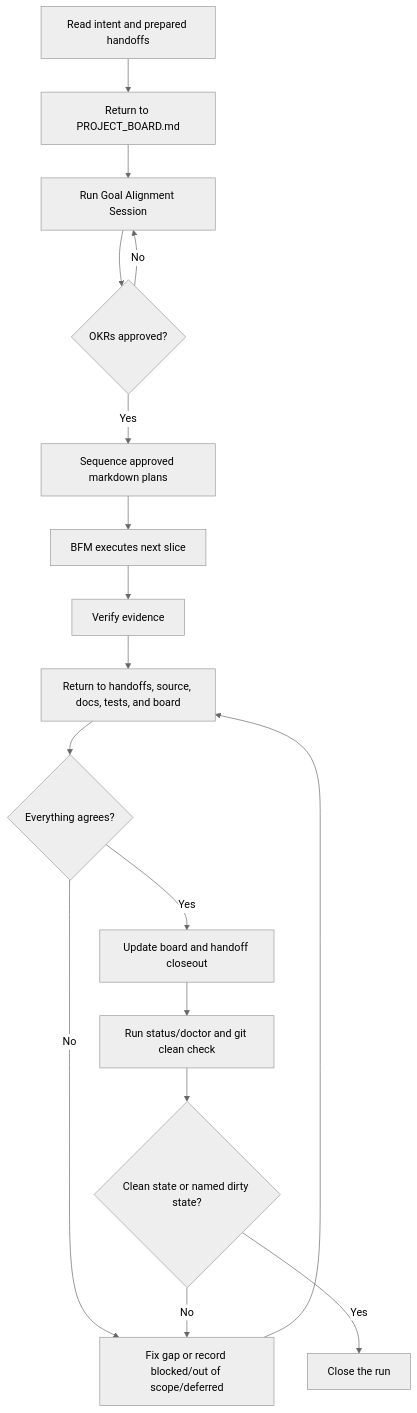
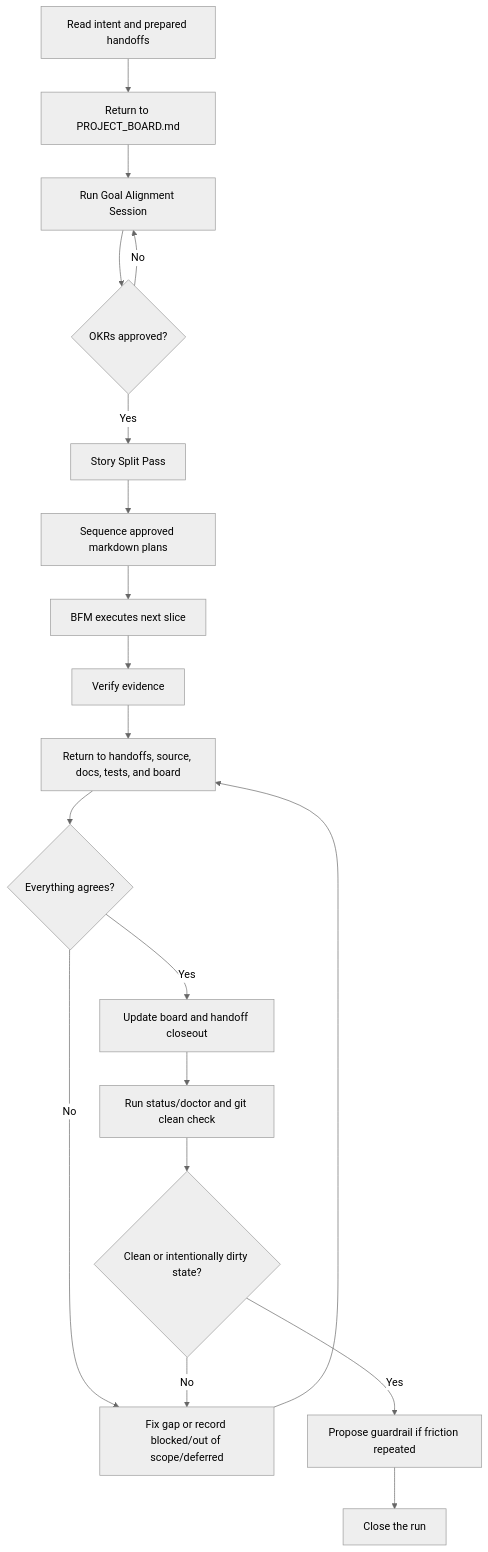
Before and after one commit to friedbeef1/fb-lane-coordination: the diagram in docs/loop-engineering.md, drawn with Mermaid (neutral theme). The commit also changed other lines of this file and 56 other files, not shown here.

````diff
--- a/docs/loop-engineering.md
+++ b/docs/loop-engineering.md
@@ -67,19 +75,21 @@
 ```mermaid
 flowchart TD
     A["Read intent and prepared handoffs"] --> B["Return to PROJECT_BOARD.md"]
     B --> C["Run Goal Alignment Session"]
     C --> D{"OKRs approved?"}
     D -- "No" --> C
-    D -- "Yes" --> E["Sequence approved markdown plans"]
-    E --> F["BFM executes next slice"]
-    F --> G["Verify evidence"]
-    G --> H["Return to handoffs, source, docs, tests, and board"]
-    H --> I{"Everything agrees?"}
-    I -- "No" --> J["Fix gap or record blocked/out of scope/deferred"]
-    J --> H
-    I -- "Yes" --> K["Update board and handoff closeout"]
-    K --> L["Run status/doctor and git clean check"]
-    L --> M{"Clean state or named dirty state?"}
-    M -- "No" --> J
-    M -- "Yes" --> N["Close the run"]
+    D -- "Yes" --> E["Story Split Pass"]
+    E --> F["Sequence approved markdown plans"]
+    F --> G["BFM executes next slice"]
+    G --> H["Verify evidence"]
+    H --> I["Return to handoffs, source, docs, tests, and board"]
+    I --> J{"Everything agrees?"}
+    J -- "No" --> K["Fix gap or record blocked/out of scope/deferred"]
+    K --> I
+    J -- "Yes" --> L["Update board and handoff closeout"]
+    L --> M["Run status/doctor and git clean check"]
+    M --> N{"Clean or intentionally dirty state?"}
+    N -- "No" --> K
+    N -- "Yes" --> O["Propose guardrail if friction repeated"]
+    O --> P["Close the run"]
 ```
````
